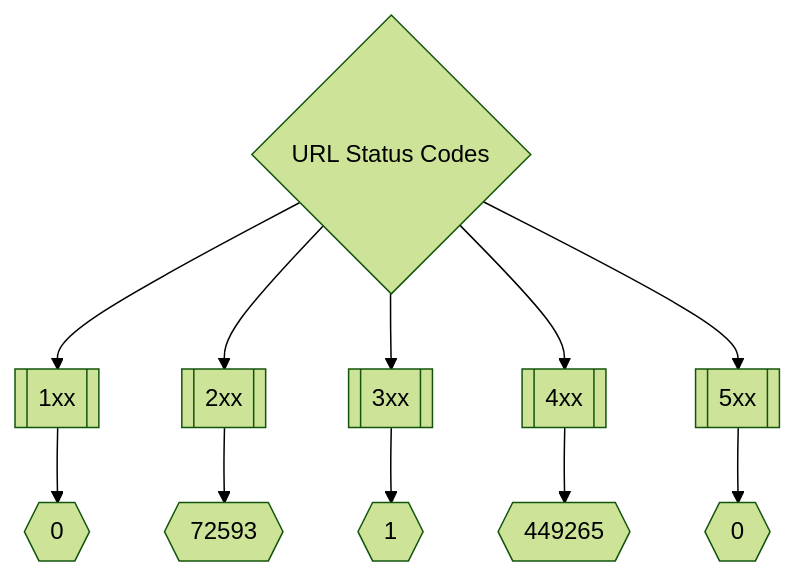
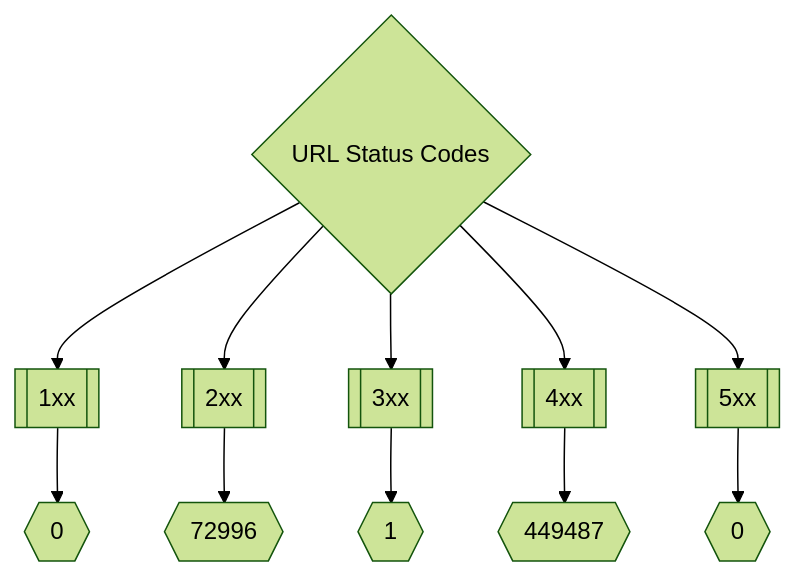
One commit to trickest/inventory changed the second of 3 diagrams in README.md. Above: the diagram before and after it, drawn with Mermaid (forest theme). The commit also changed other lines of this file, not shown here.

Commit message:
Update Mon May  2 15:02:10 UTC 2022

````diff
--- a/README.md
+++ b/README.md
@@ -173,8 +173,8 @@
 ```mermaid
 graph TD
 title{URL Status Codes} --> 1xx[[1xx]] --> status1xxNum{{0}}
-title --> 2xx[[2xx]] --> status2xxNum{{72593}}
+title --> 2xx[[2xx]] --> status2xxNum{{72996}}
 title --> 3xx[[3xx]] --> status3xxNum{{1}}
-title --> 4xx[[4xx]] --> status4xxNum{{449265}}
+title --> 4xx[[4xx]] --> status4xxNum{{449487}}
 title --> 5xx[[5xx]] --> status5xxNum{{0}}
 ```
````
